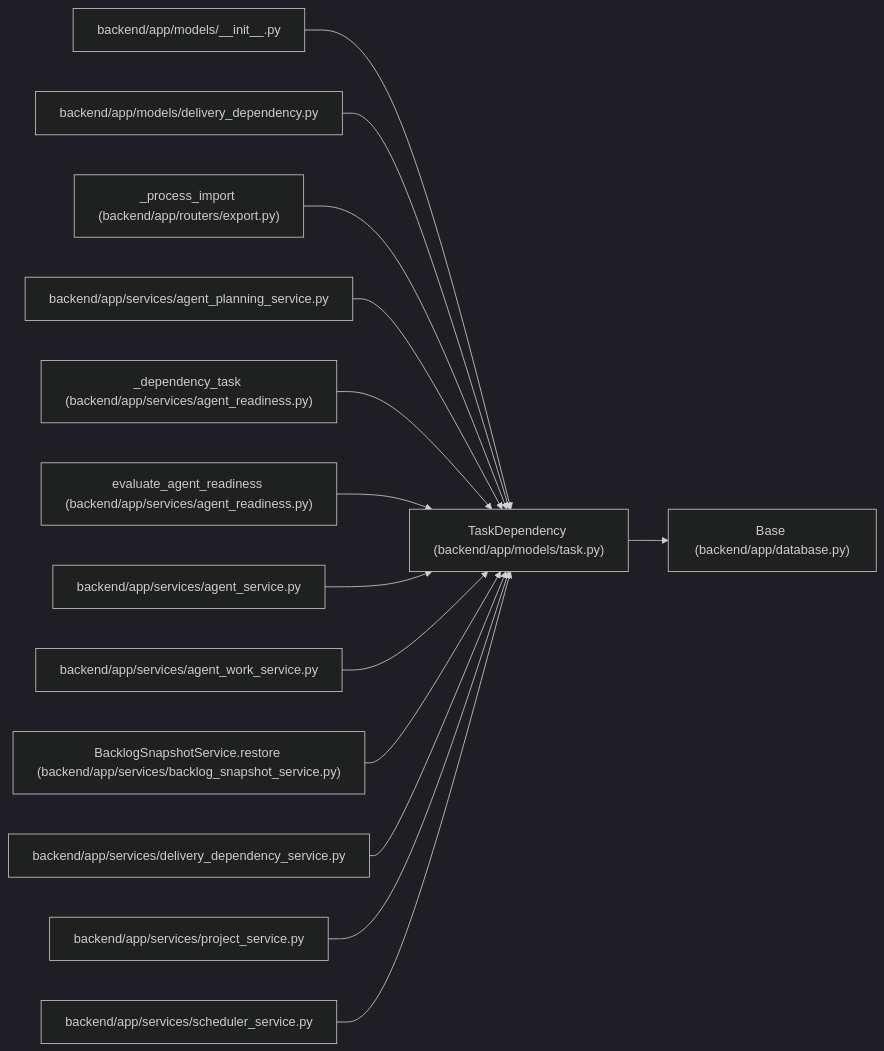
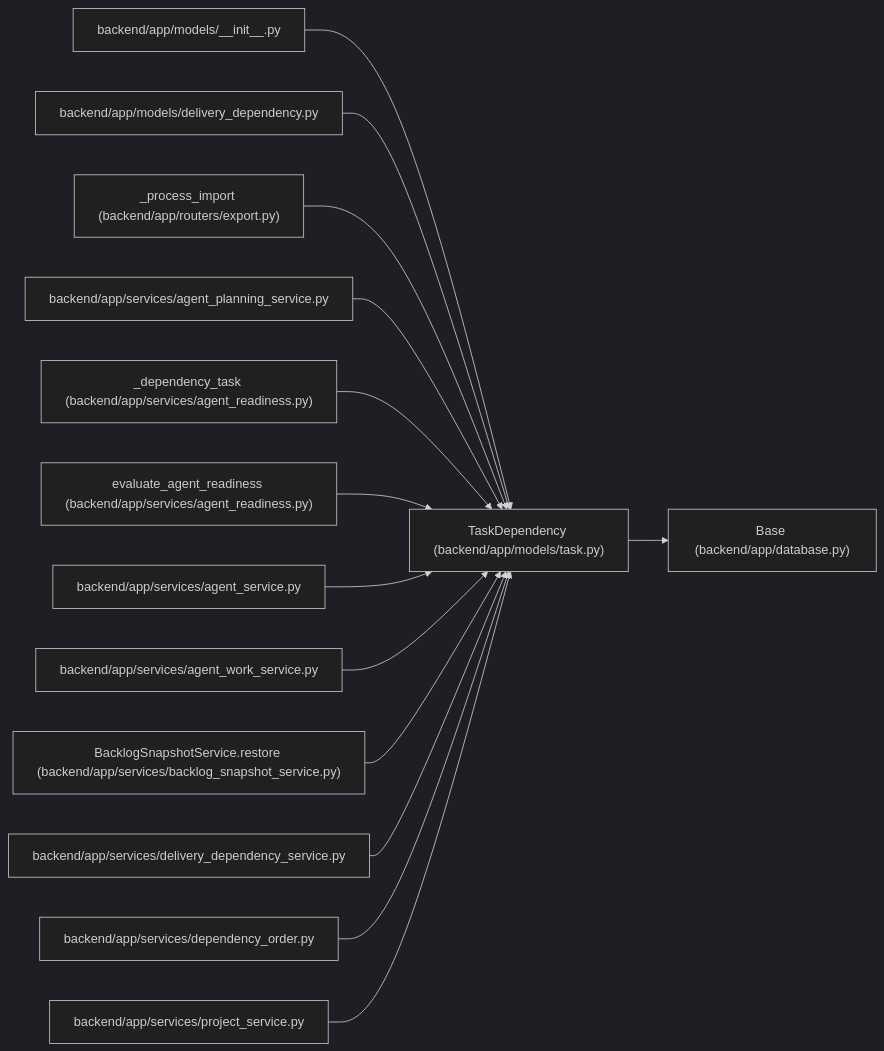
Before and after one commit to Denissvgn/WorkChord: the diagram in docs/llm_wiki/entities/TaskDependency.md, drawn with Mermaid (dark theme). The commit also changed other lines of this file and 1817 other files, not shown here.

First line of the commit message:
Refresh the architectural wiki for the 1.9.0 changes

````diff
--- a/docs/llm_wiki/entities/TaskDependency.md
+++ b/docs/llm_wiki/entities/TaskDependency.md
@@ -29,44 +29,44 @@
 ```mermaid
 flowchart LR
     n0["TaskDependency (backend/app/models/task.py)"]
     n1["Base (backend/app/database.py)"]
     n2["backend/app/models/__init__.py"]
     n3["backend/app/models/delivery_dependency.py"]
     n4["_process_import (backend/app/routers/export.py)"]
     n5["backend/app/services/agent_planning_service.py"]
     n6["_dependency_task (backend/app/services/agent_readiness.py)"]
     n7["evaluate_agent_readiness (backend/app/services/agent_readiness.py)"]
     n8["backend/app/services/agent_service.py"]
     n9["backend/app/services/agent_work_service.py"]
     n10["BacklogSnapshotService.restore (backend/app/services/backlog_snapshot_service.py)"]
     n11["backend/app/services/delivery_dependency_service.py"]
-    n12["backend/app/services/project_service.py"]
-    n13["backend/app/services/scheduler_service.py"]
+    n12["backend/app/services/dependency_order.py"]
+    n13["backend/app/services/project_service.py"]
     n0 --> n1
     n2 --> n0
     n3 --> n0
     n4 --> n0
     n5 --> n0
     n6 --> n0
     n7 --> n0
     n8 --> n0
     n9 --> n0
     n10 --> n0
     n11 --> n0
     n12 --> n0
     n13 --> n0
     click n0 "../modules/models_task.md"
     click n1 "../modules/app_database.md"
     click n2 "../modules/models___init__.md"
     click n3 "../modules/delivery_dependency.md"
     click n4 "../modules/export.md"
     click n5 "../modules/agent_planning_service.md"
     click n6 "../modules/agent_readiness.md"
     click n7 "../modules/agent_readiness.md"
     click n8 "../modules/agent_service.md"
     click n9 "../modules/agent_work_service.md"
     click n10 "../modules/backlog_snapshot_service.md"
     click n11 "../modules/delivery_dependency_service.md"
-    click n12 "../modules/project_service.md"
-    click n13 "../modules/scheduler_service.md"
+    click n12 "../modules/dependency_order.md"
+    click n13 "../modules/project_service.md"
 ```
````
